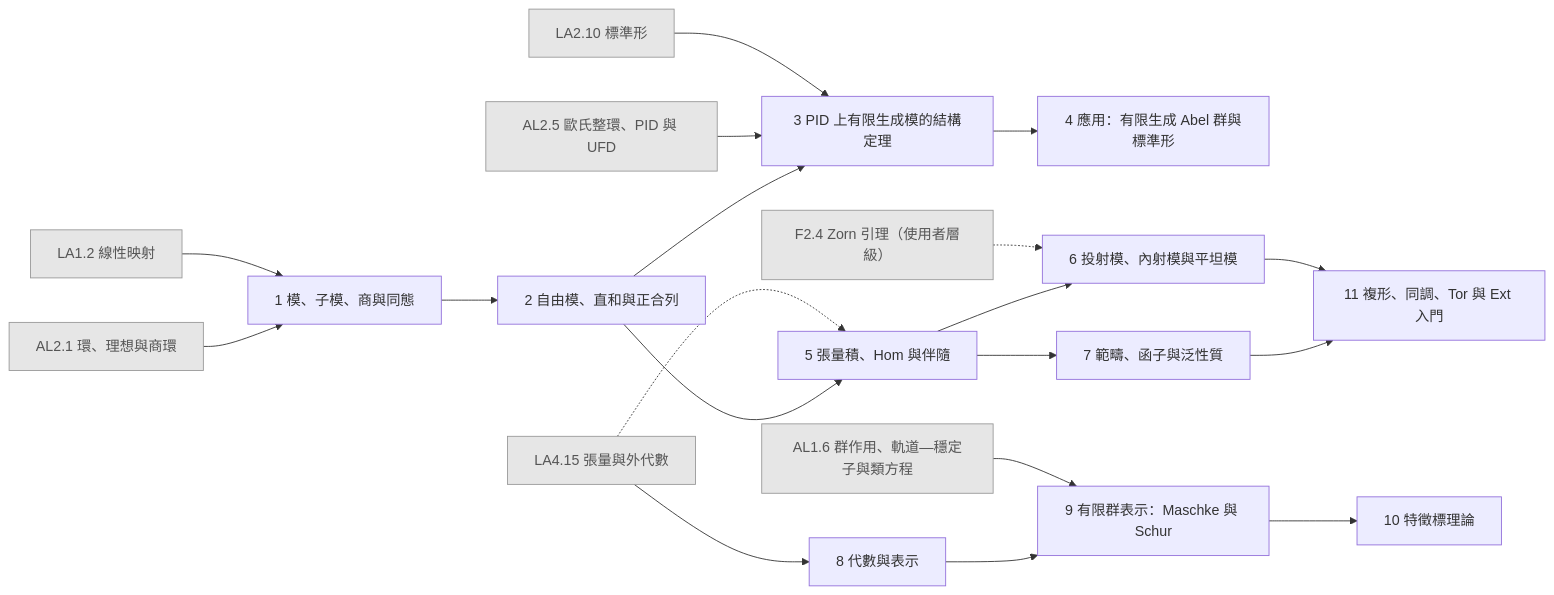
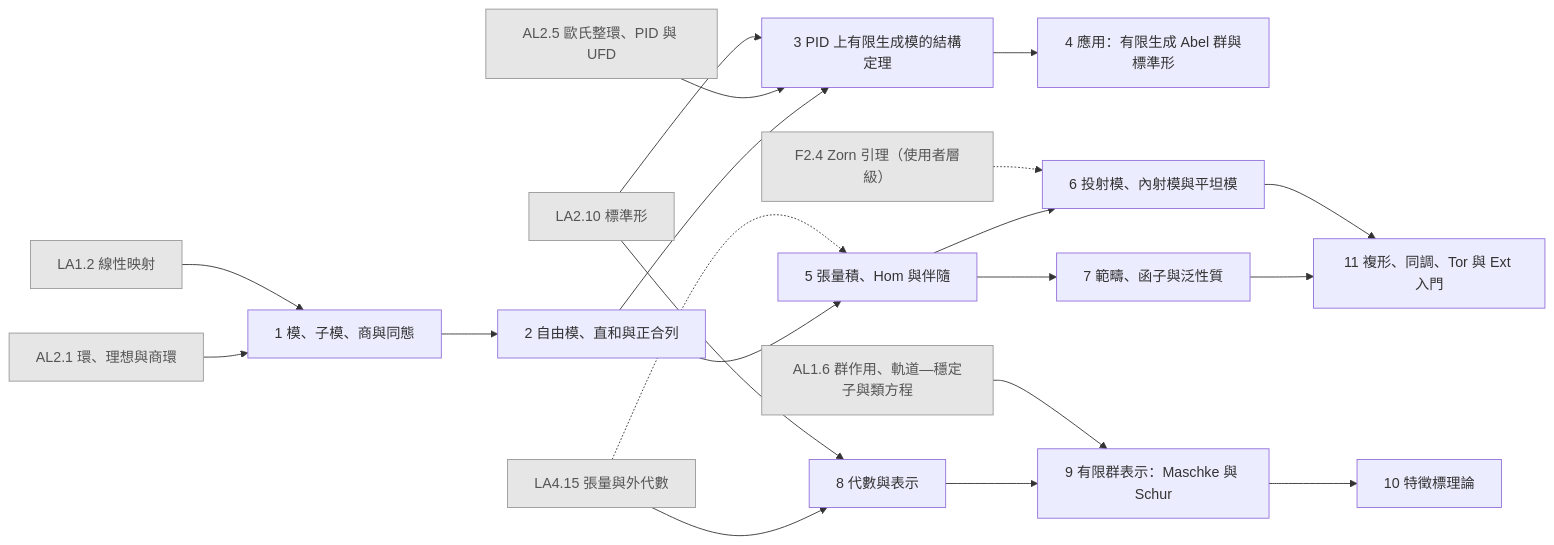
The diagram in generated/chapters/AL4.mmd (AkizumiFox/math-atlas), drawn with Mermaid before and after one commit. The commit also changed 14 other files, not shown here.

```diff
--- a/generated/chapters/AL4.mmd
+++ b/generated/chapters/AL4.mmd
@@ -1,40 +1,41 @@
 flowchart LR
   F2_4["F2.4 Zorn 引理（使用者層級）"]:::ext
   LA1_2["LA1.2 線性映射"]:::ext
   LA2_10["LA2.10 標準形"]:::ext
   LA4_15["LA4.15 張量與外代數"]:::ext
   AL1_6["AL1.6 群作用、軌道—穩定子與類方程"]:::ext
   AL2_1["AL2.1 環、理想與商環"]:::ext
   AL2_5["AL2.5 歐氏整環、PID 與 UFD"]:::ext
   AL4_1["1 模、子模、商與同態"]
   AL4_2["2 自由模、直和與正合列"]
   AL4_3["3 PID 上有限生成模的結構定理"]
   AL4_4["4 應用：有限生成 Abel 群與標準形"]
   AL4_5["5 張量積、Hom 與伴隨"]
   AL4_6["6 投射模、內射模與平坦模"]
   AL4_7["7 範疇、函子與泛性質"]
   AL4_8["8 代數與表示"]
   AL4_9["9 有限群表示：Maschke 與 Schur"]
   AL4_10["10 特徵標理論"]
   AL4_11["11 複形、同調、Tor 與 Ext 入門"]
   LA1_2 --> AL4_1
   AL2_1 --> AL4_1
   AL4_1 --> AL4_2
   LA2_10 --> AL4_3
   AL2_5 --> AL4_3
   AL4_2 --> AL4_3
   AL4_3 --> AL4_4
   LA4_15 -.-> AL4_5
   AL4_2 --> AL4_5
   F2_4 -.-> AL4_6
   AL4_5 --> AL4_6
   AL4_5 --> AL4_7
+  LA2_10 --> AL4_8
   LA4_15 --> AL4_8
   AL1_6 --> AL4_9
   AL4_8 --> AL4_9
   AL4_9 --> AL4_10
   AL4_6 --> AL4_11
   AL4_7 --> AL4_11
   classDef ext fill:#e6e6e6,stroke:#999,color:#555
   classDef opt fill:#fff,stroke:#999,stroke-dasharray:4 3,color:#555
   classDef segb fill:#f6f6fb,stroke:#99a,color:#333
```
